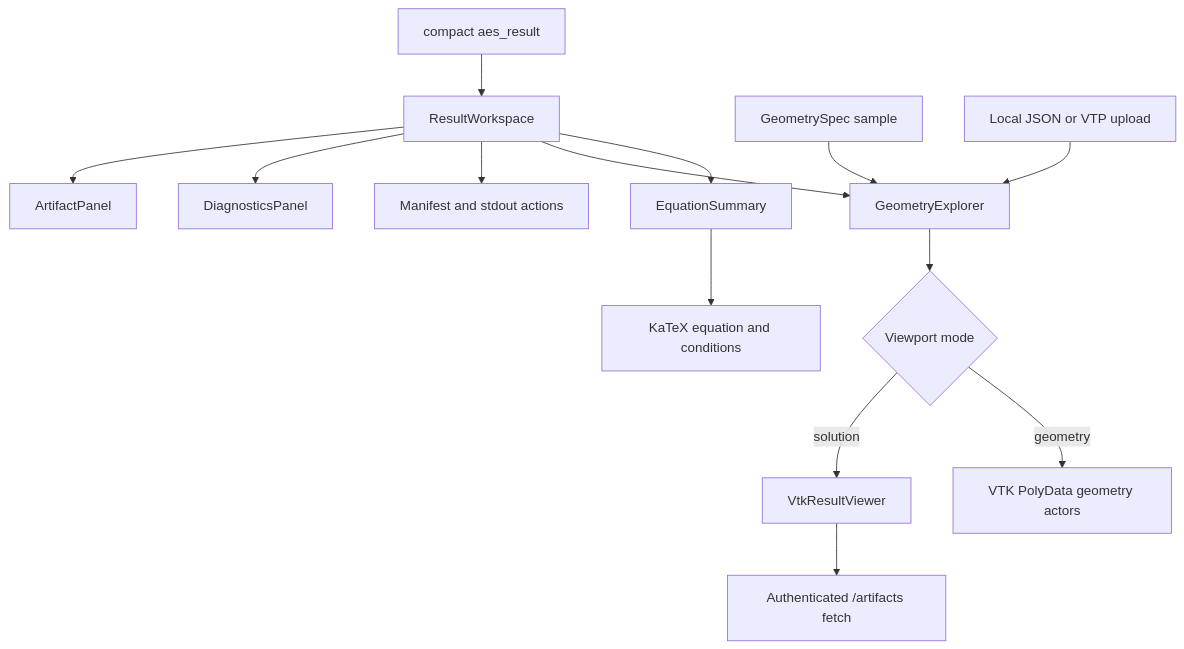
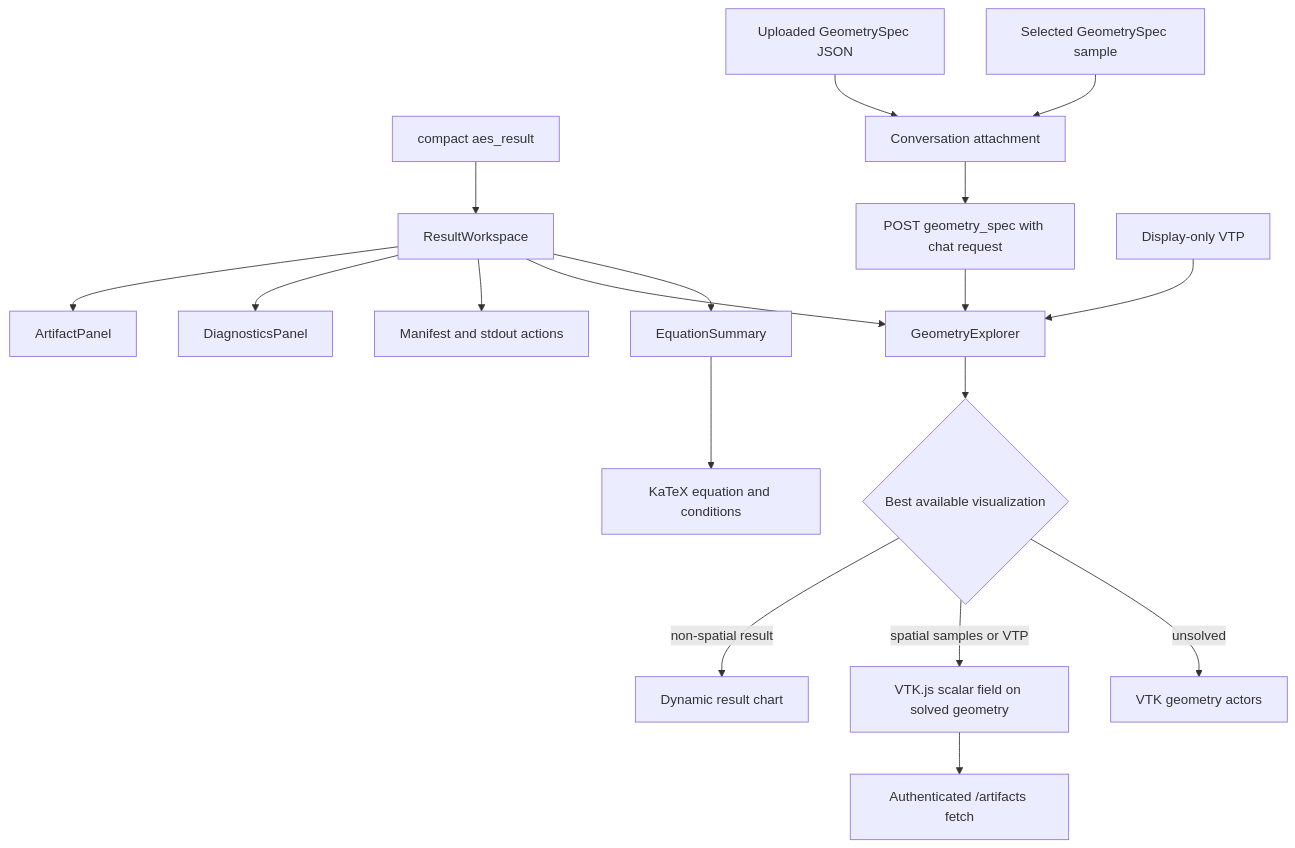
The sixth of 8 diagrams in web-ui/architecture.md (RadmirG/AES), drawn with Mermaid before and after one commit. The commit also changed other lines of this file and 20 other files, not shown here.

````diff
--- a/web-ui/architecture.md
+++ b/web-ui/architecture.md
@@ -157,16 +160,20 @@
 ```mermaid
 flowchart TD
     A["compact aes_result"] --> B["ResultWorkspace"]
     B --> C["EquationSummary"]
     C --> D["KaTeX equation and conditions"]
     B --> E["GeometryExplorer"]
-    S["GeometrySpec sample"] --> E
-    U["Local JSON or VTP upload"] --> E
-    E --> F{"Viewport mode"}
-    F -->|geometry| G["VTK PolyData geometry actors"]
-    F -->|solution| H["VtkResultViewer"]
+    S["Selected GeometrySpec sample"] --> CXT["Conversation attachment"]
+    U["Uploaded GeometrySpec JSON"] --> CXT
+    CXT --> API["POST geometry_spec with chat request"]
+    API --> E
+    VTP["Display-only VTP"] --> E
+    E --> F{"Best available visualization"}
+    F -->|unsolved| G["VTK geometry actors"]
+    F -->|spatial samples or VTP| H["VTK.js scalar field on solved geometry"]
+    F -->|non-spatial result| HC["Dynamic result chart"]
     B --> I["Manifest and stdout actions"]
     B --> J["DiagnosticsPanel"]
     B --> K["ArtifactPanel"]
     H --> L["Authenticated /artifacts fetch"]
 ```
````
